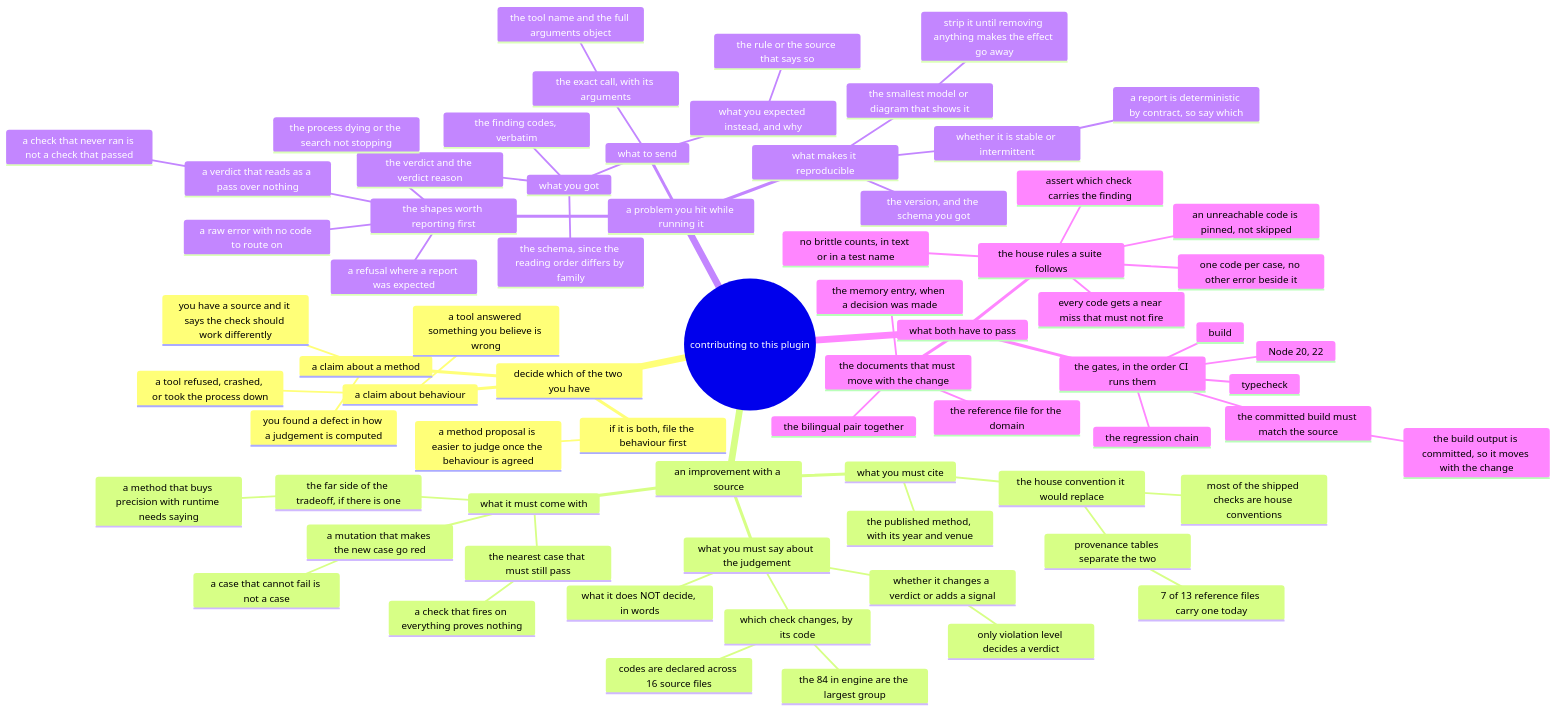
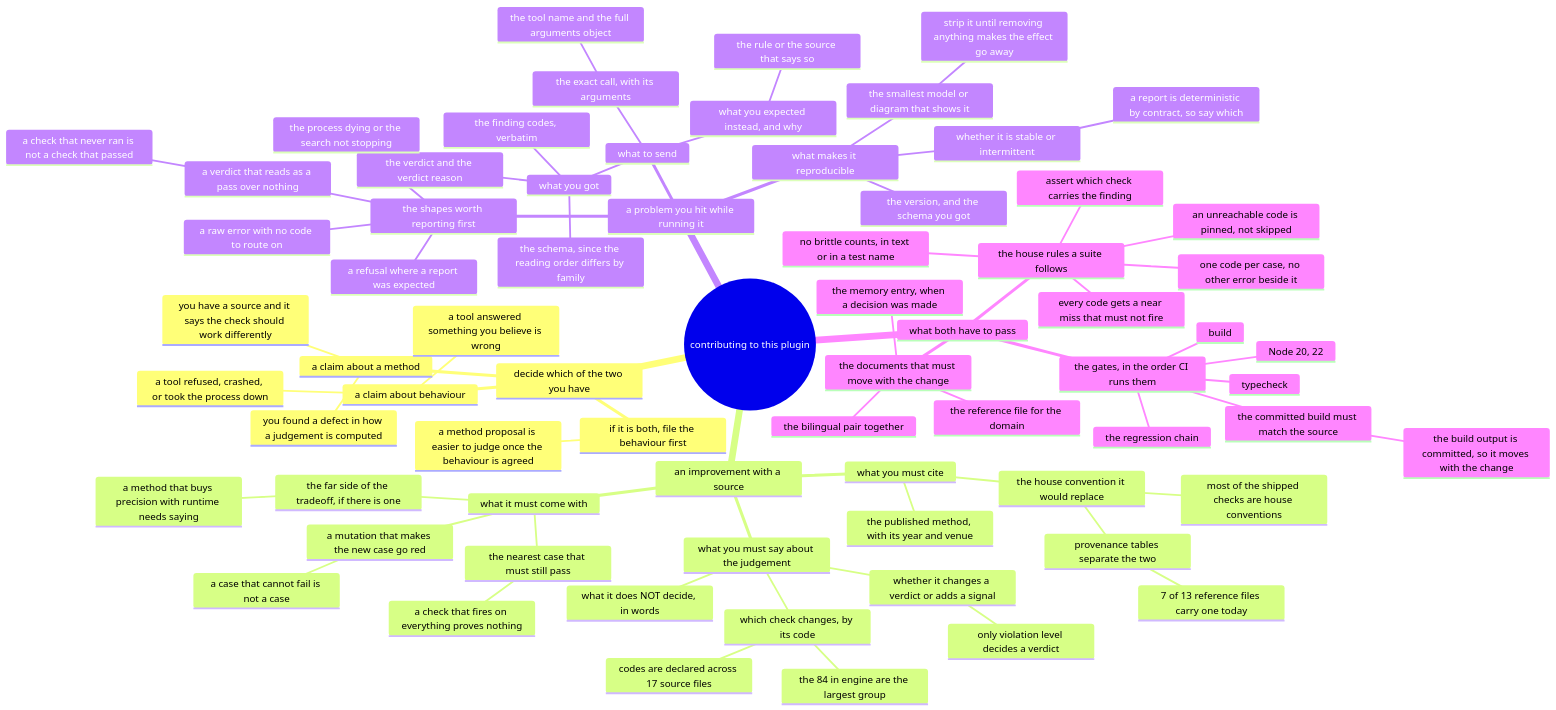
One commit to AmethystLuna/dsh-model-everything changed the diagram in docs/contributing/mindmap.mmd. Above: the diagram before and after it, drawn with Mermaid. The commit also changed 17 other files, not shown here.

First line of the commit message:
refactor(diagram): one tool per file, and the docs find them

```diff
--- a/docs/contributing/mindmap.mmd
+++ b/docs/contributing/mindmap.mmd
@@ -1,72 +1,72 @@
 mindmap
 root((contributing to this plugin))
   decide which of the two you have
     a claim about a method
       you have a source and it says the check should work differently
       you found a defect in how a judgement is computed
     a claim about behaviour
       a tool answered something you believe is wrong
       a tool refused, crashed, or took the process down
     if it is both, file the behaviour first
       a method proposal is easier to judge once the behaviour is agreed
   an improvement with a source
     what you must cite
       the published method, with its year and venue
       the house convention it would replace
         provenance tables separate the two
           7 of 13 reference files carry one today
         most of the shipped checks are house conventions
     what you must say about the judgement
       which check changes, by its code
-        codes are declared across 16 source files
+        codes are declared across 17 source files
         the 84 in engine are the largest group
       whether it changes a verdict or adds a signal
         only violation level decides a verdict
       what it does NOT decide, in words
     what it must come with
       the nearest case that must still pass
         a check that fires on everything proves nothing
       a mutation that makes the new case go red
         a case that cannot fail is not a case
       the far side of the tradeoff, if there is one
         a method that buys precision with runtime needs saying
   a problem you hit while running it
     what to send
       the exact call, with its arguments
         the tool name and the full arguments object
       what you got
         the verdict and the verdict reason
         the finding codes, verbatim
         the schema, since the reading order differs by family
       what you expected instead, and why
         the rule or the source that says so
     the shapes worth reporting first
       a verdict that reads as a pass over nothing
         a check that never ran is not a check that passed
       a refusal where a report was expected
       a raw error with no code to route on
       the process dying or the search not stopping
     what makes it reproducible
       the smallest model or diagram that shows it
         strip it until removing anything makes the effect go away
       the version, and the schema you got
       whether it is stable or intermittent
         a report is deterministic by contract, so say which
   what both have to pass
     the gates, in the order CI runs them
       Node 20, 22
       typecheck
       build
       the regression chain
       the committed build must match the source
         the build output is committed, so it moves with the change
     the house rules a suite follows
       one code per case, no other error beside it
       assert which check carries the finding
       every code gets a near miss that must not fire
       an unreachable code is pinned, not skipped
       no brittle counts, in text or in a test name
     the documents that must move with the change
       the reference file for the domain
       the memory entry, when a decision was made
       the bilingual pair together
```
